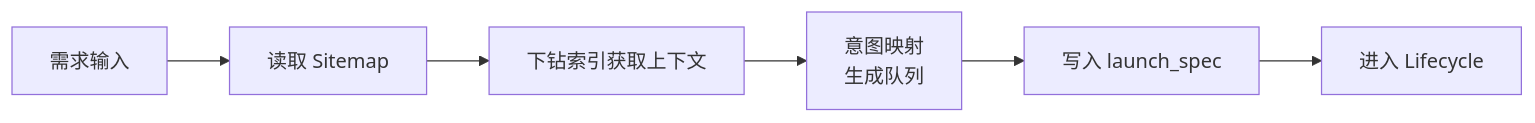
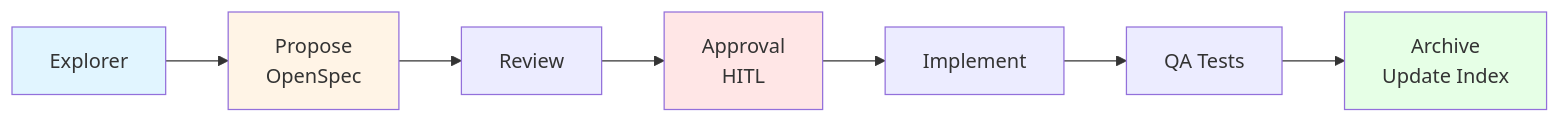
The second of 4 diagrams in README.md (listener-He/java-harness-agent), drawn with Mermaid before and after one commit. The commit also changed other lines of this file and 1 other file, not shown here.

````diff
--- a/README.md
+++ b/README.md
@@ -255,8 +108,14 @@
 ```mermaid
-flowchart LR
-  A[需求输入] --> B[读取 Sitemap]
-  B --> C[下钻索引获取上下文]
-  C --> D[意图映射\n生成队列]
-  D --> E[写入 launch_spec]
-  E --> F[进入 Lifecycle]
+graph LR
+    A[Explorer] --> B[Propose<br/>OpenSpec]
+    B --> C[Review]
+    C --> D[Approval<br/>HITL]
+    D --> E[Implement]
+    E --> F[QA Tests]
+    F --> G[Archive<br/>Update Index]
+    
+    style A fill:#e1f5ff
+    style B fill:#fff4e6
+    style D fill:#ffe6e6
+    style G fill:#e6ffe6
 ```
````
